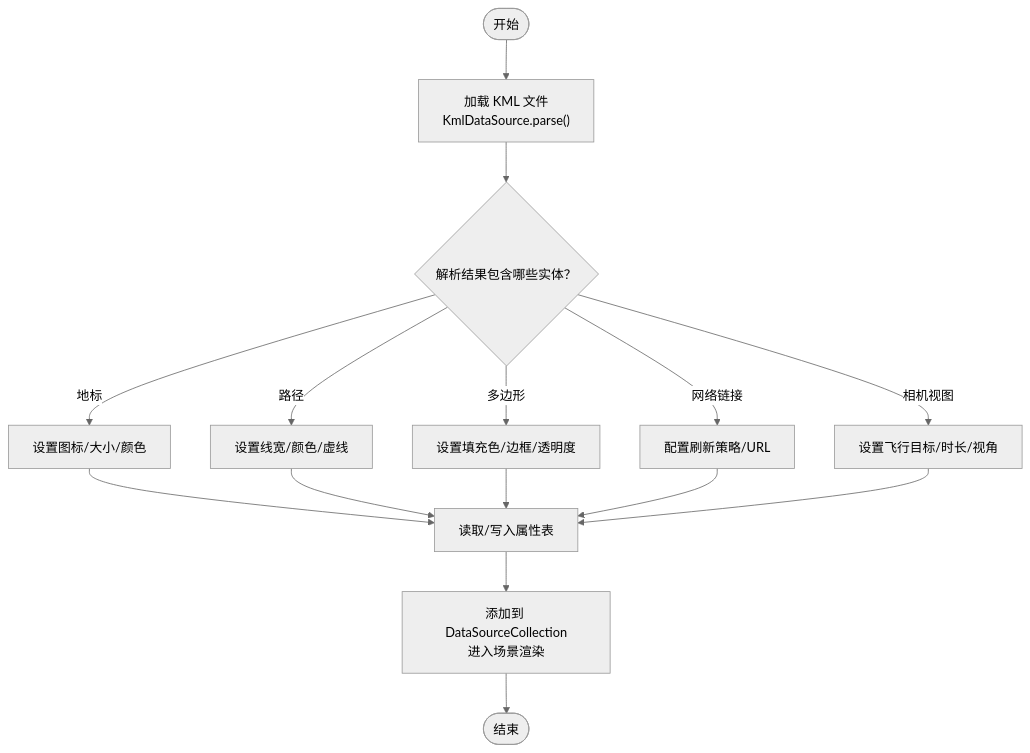
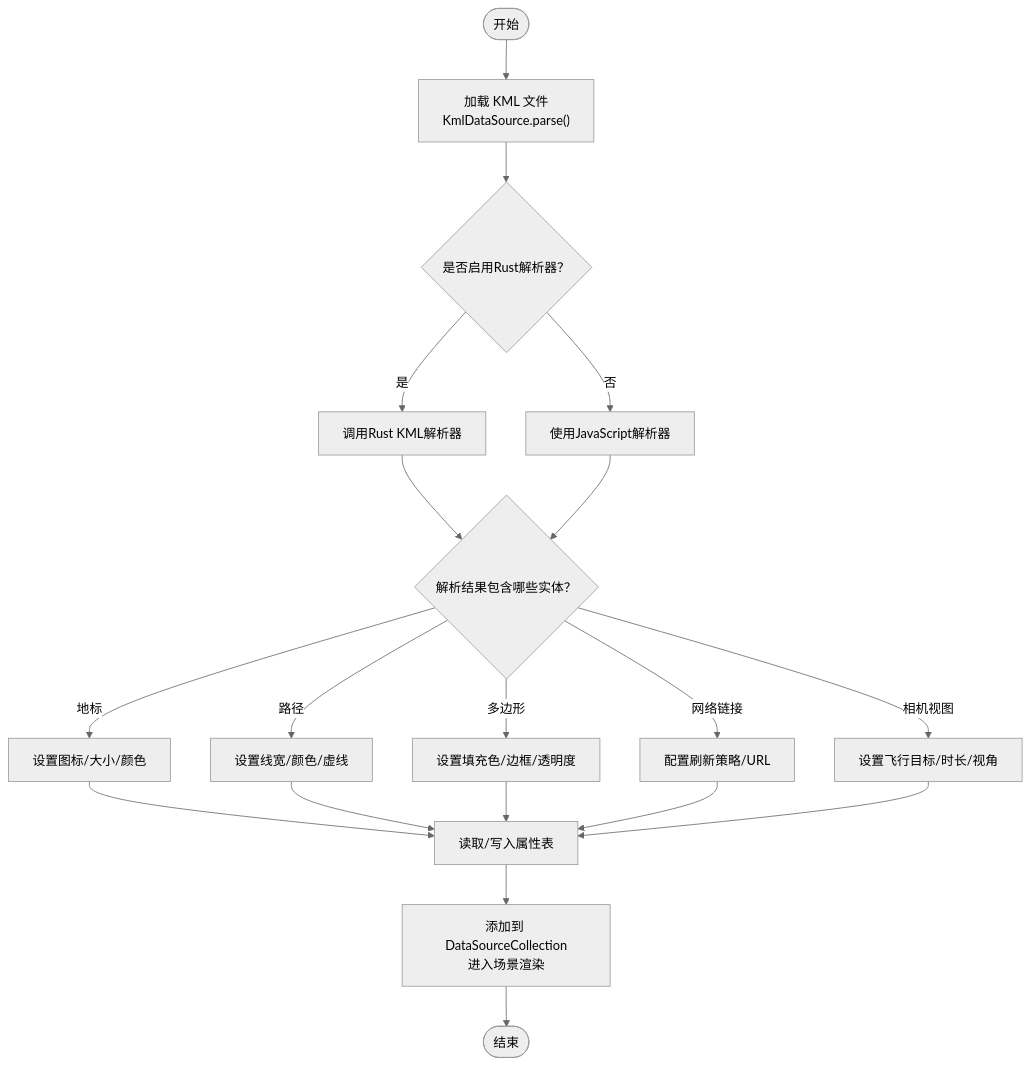
The third of 8 diagrams in .qoder/repowiki/zh/content/示例教程/数据加载示例/KML和GPX数据加载.md (rzhangjing/cesium), drawn with Mermaid (neutral theme) before and after one commit. The commit also changed other lines of this file and 74 other files, not shown here.

````diff
--- a/.qoder/repowiki/zh/content/示例教程/数据加载示例/KML和GPX数据加载.md
+++ b/.qoder/repowiki/zh/content/示例教程/数据加载示例/KML和GPX数据加载.md
@@ -166,17 +200,21 @@
 ```mermaid
 flowchart TD
 Start(["开始"]) --> LoadKML["加载 KML 文件<br/>KmlDataSource.parse()"]
-LoadKML --> Entities{"解析结果包含哪些实体？"}
+LoadKML --> CheckRust{"是否启用Rust解析器？"}
+CheckRust --> |是| RustParse["调用Rust KML解析器"]
+CheckRust --> |否| JSParse["使用JavaScript解析器"]
+RustParse --> Entities{"解析结果包含哪些实体？"}
+JSParse --> Entities
 Entities --> |地标| PointStyle["设置图标/大小/颜色"]
 Entities --> |路径| LineStyle["设置线宽/颜色/虚线"]
 Entities --> |多边形| PolyStyle["设置填充色/边框/透明度"]
 Entities --> |网络链接| NetLink["配置刷新策略/URL"]
 Entities --> |相机视图| CameraView["设置飞行目标/时长/视角"]
 PointStyle --> AttrAccess["读取/写入属性表"]
 LineStyle --> AttrAccess
 PolyStyle --> AttrAccess
 NetLink --> AttrAccess
 CameraView --> AttrAccess
 AttrAccess --> Render["添加到 DataSourceCollection<br/>进入场景渲染"]
 Render --> End(["结束"])
 ```
````
